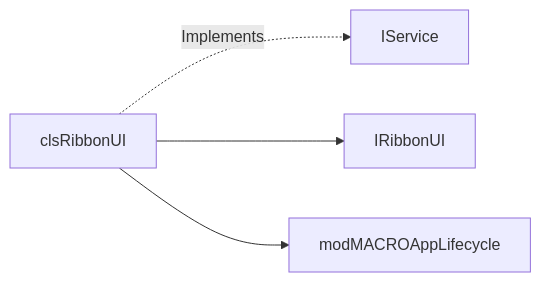
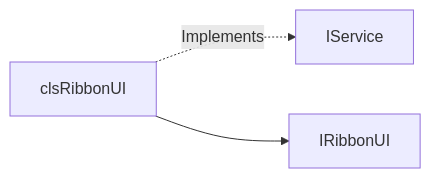
The fifth of 8 diagrams in CLAUDE.md (gautxori-yuyu/claude-vba-excel-abc-refactor), drawn with Mermaid before and after one commit. The commit also changed other lines of this file, not shown here.

````diff
--- a/CLAUDE.md
+++ b/CLAUDE.md
@@ -359,6 +512,5 @@
 ```mermaid
 graph LR
     clsRibbonUI -.Implements.-> IService
     clsRibbonUI --> IRibbonUI
-    clsRibbonUI --> modMACROAppLifecycle
 ```
````
